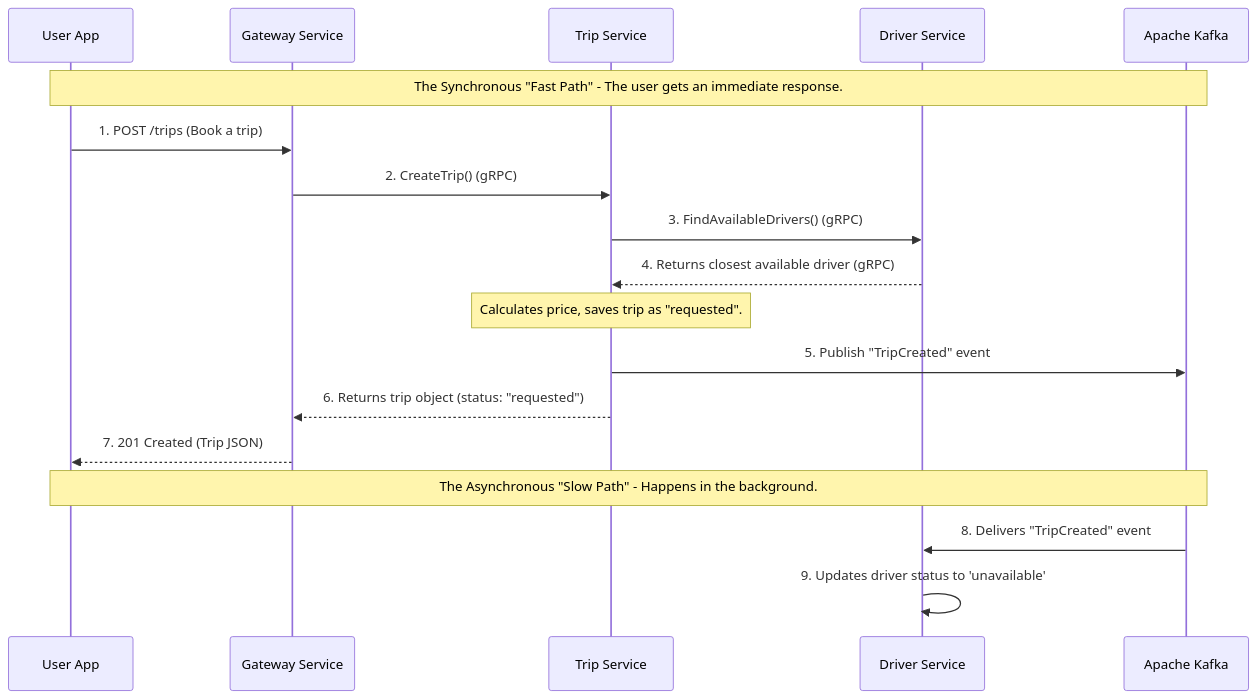
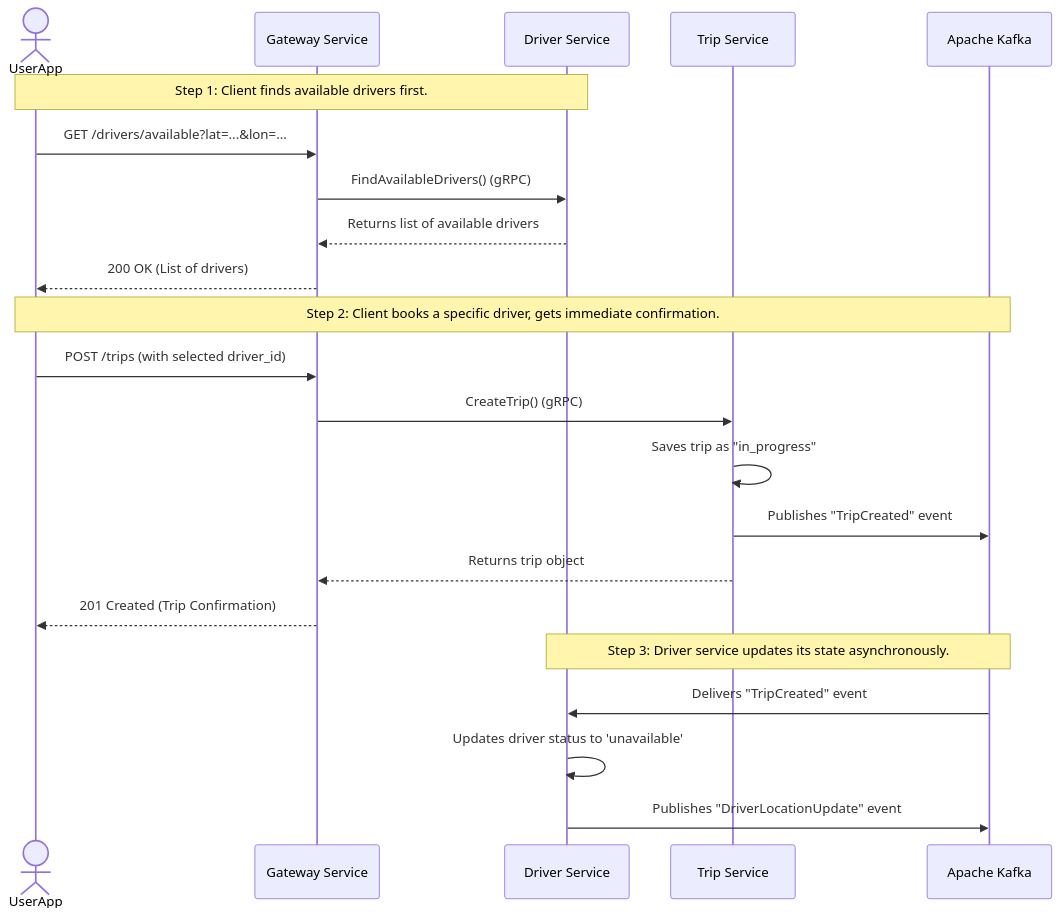
The second of 3 diagrams in README.md (lucabrx/microservices-uber), drawn with Mermaid before and after one commit. The commit also changed other lines of this file, not shown here.

Commit message:
docs: update graphs

````diff
--- a/README.md
+++ b/README.md
@@ -134,26 +134,27 @@
 ```mermaid
 sequenceDiagram
-    participant UserApp as User App
+    actor UserApp
     participant Gateway as Gateway Service
+    participant Driver as Driver Service
     participant Trip as Trip Service
-    participant Driver as Driver Service
     participant Kafka as Apache Kafka
 
-    Note over UserApp, Kafka: The Synchronous "Fast Path" - The user gets an immediate response.
+    Note over UserApp, Driver: Step 1: Client finds available drivers first.
+    UserApp->>Gateway: GET /drivers/available?lat=...&lon=...
+    Gateway->>Driver: FindAvailableDrivers() (gRPC)
+    Driver-->>Gateway: Returns list of available drivers
+    Gateway-->>UserApp: 200 OK (List of drivers)
 
-    UserApp->>Gateway: 1. POST /trips (Book a trip)
-    Gateway->>Trip: 2. CreateTrip() (gRPC)
-    Trip->>Driver: 3. FindAvailableDrivers() (gRPC)
-    Driver-->>Trip: 4. Returns closest available driver (gRPC)
+    Note over UserApp, Kafka: Step 2: Client books a specific driver, gets immediate confirmation.
+    UserApp->>Gateway: POST /trips (with selected driver_id)
+    Gateway->>Trip: CreateTrip() (gRPC)
+    Trip->>Trip: Saves trip as "in_progress"
+    Trip->>Kafka: Publishes "TripCreated" event
+    Trip-->>Gateway: Returns trip object
+    Gateway-->>UserApp: 201 Created (Trip Confirmation)
 
-    Note over Trip: Calculates price, saves trip as "requested".
-
-    Trip->>Kafka: 5. Publish "TripCreated" event
-    Trip-->>Gateway: 6. Returns trip object (status: "requested")
-    Gateway-->>UserApp: 7. 201 Created (Trip JSON)
-
-    Note over UserApp, Kafka: The Asynchronous "Slow Path" - Happens in the background.
-
-    Kafka->>Driver: 8. Delivers "TripCreated" event
-    Driver->>Driver: 9. Updates driver status to 'unavailable'
+    Note over Kafka, Driver: Step 3: Driver service updates its state asynchronously.
+    Kafka->>Driver: Delivers "TripCreated" event
+    Driver->>Driver: Updates driver status to 'unavailable'
+    Driver->>Kafka: Publishes "DriverLocationUpdate" event
 ```
````
